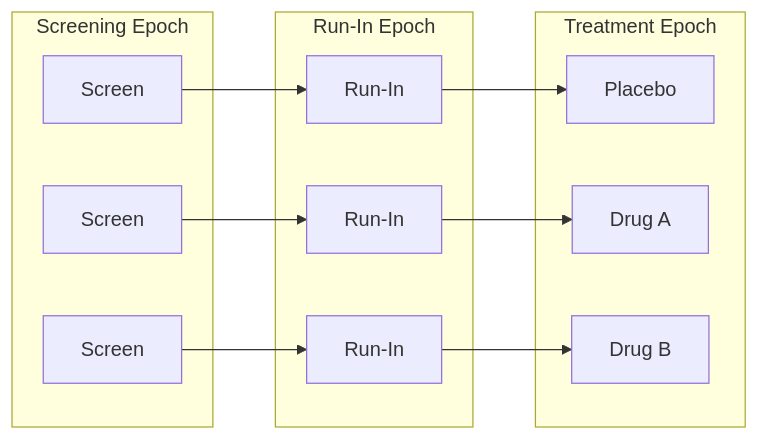
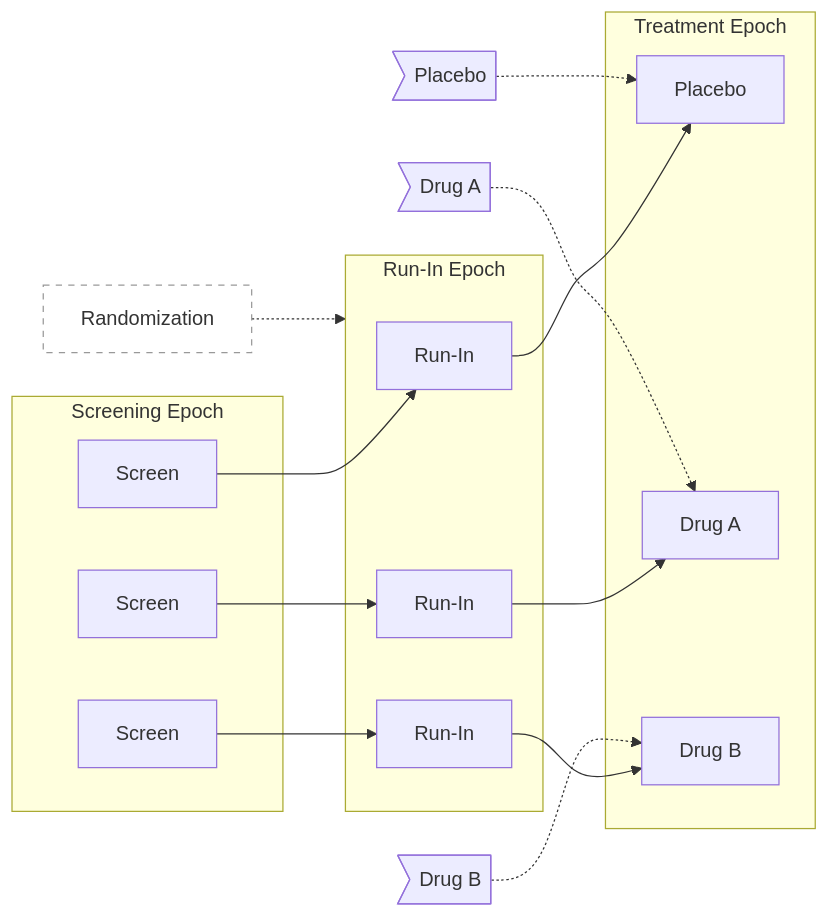
Before and after one commit to hakupao/sdtm-pedia: the third of 24 diagrams in knowledge_base/domains/TA/examples.md, drawn with Mermaid. The commit also changed other lines of this file and 12 other files, not shown here.

First line of the commit message:
fix(kb): Tier B batch B-TA — TA narratives restored + 24 Mermaid vs PDF figures (PASS after 3 attempts; local)

````diff
--- a/knowledge_base/domains/TA/examples.md
+++ b/knowledge_base/domains/TA/examples.md
@@ -70,21 +85,26 @@
 ```mermaid
 graph LR
     subgraph SE["Screening Epoch"]
         SP[Screen]
         SA[Screen]
         SB[Screen]
     end
     subgraph RE["Run-In Epoch"]
         RIP[Run-In]
         RIA[Run-In]
         RIB[Run-In]
     end
     subgraph TE["Treatment Epoch"]
         P[Placebo]
         A[Drug A]
         B[Drug B]
     end
     SP --> RIP --> P
     SA --> RIA --> A
     SB --> RIB --> B
+    armP>"Placebo"] -.-> P
+    armA>"Drug A"] -.-> A
+    armB>"Drug B"] -.-> B
+    rand["Randomization"] -.-> RE
+    style rand fill:#fff,stroke:#999,stroke-dasharray:5 5
 ```
````
